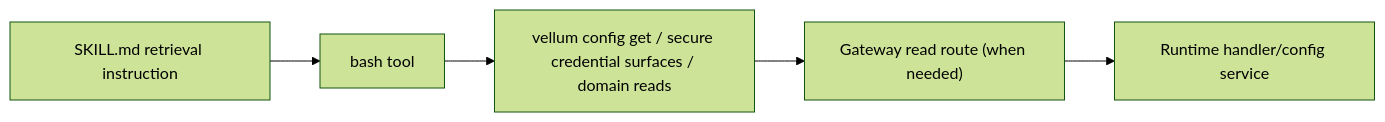
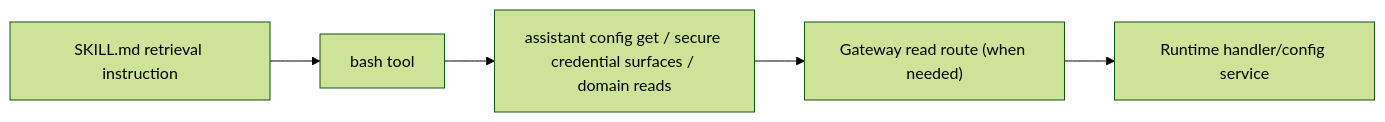
One commit to vellum-ai/vellum-assistant changed diagram 12 of 20 in assistant/ARCHITECTURE.md. Above: the diagram before and after it, drawn with Mermaid (forest theme). The commit also changed other lines of this file and 59 other files, not shown here.

Commit message:
Rename assistant CLI from 'vellum' to 'assistant' and remove fallback in cli/src

````diff
--- a/assistant/ARCHITECTURE.md
+++ b/assistant/ARCHITECTURE.md
@@ -1412,7 +1412,7 @@
 ```mermaid
 graph LR
     SKILL["SKILL.md retrieval instruction"] --> BASH["bash tool"]
-    BASH --> CLI["vellum config get / secure credential surfaces / domain reads"]
+    BASH --> CLI["assistant config get / secure credential surfaces / domain reads"]
     CLI --> GW["Gateway read route (when needed)"]
     GW --> RT["Runtime handler/config service"]
 ```
````
